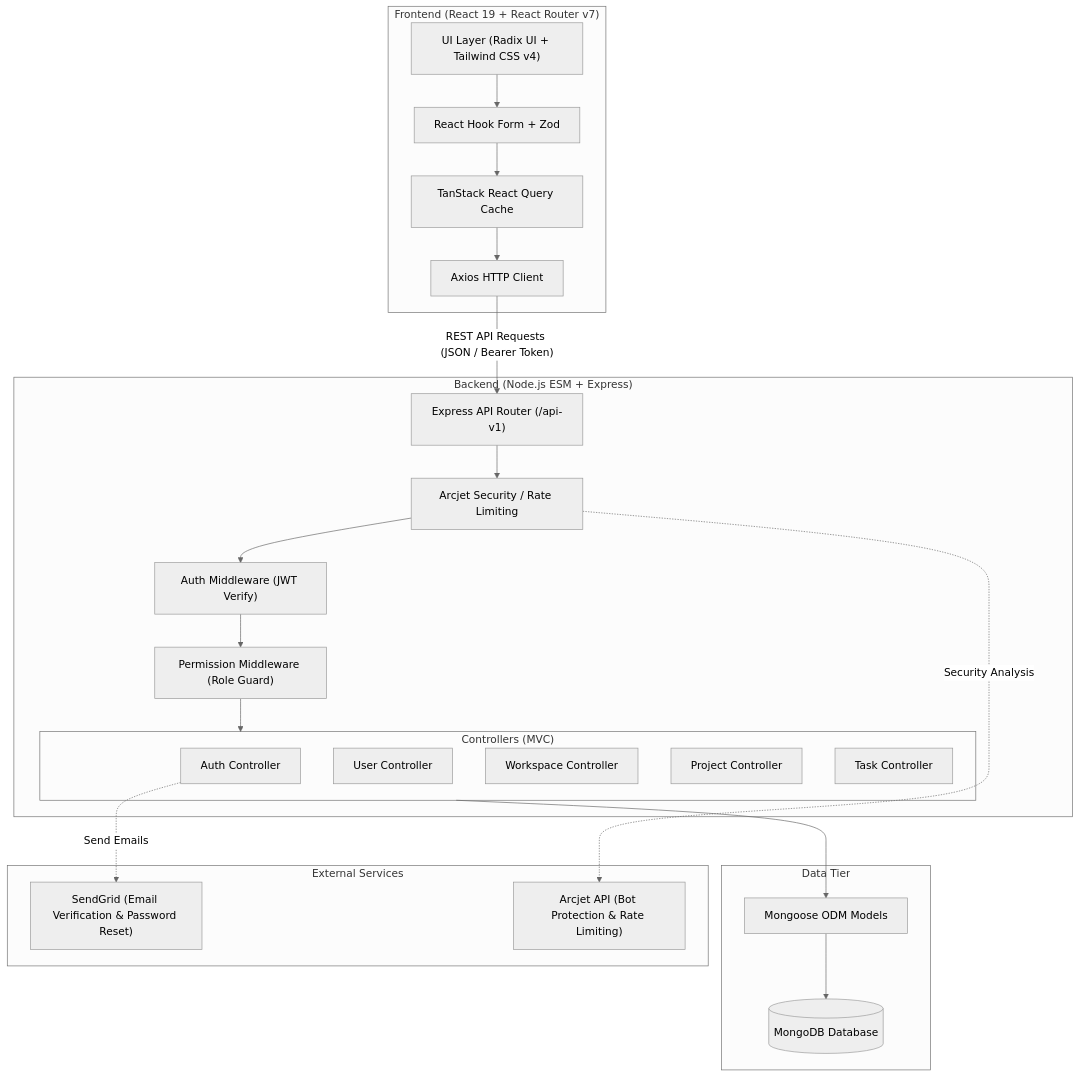
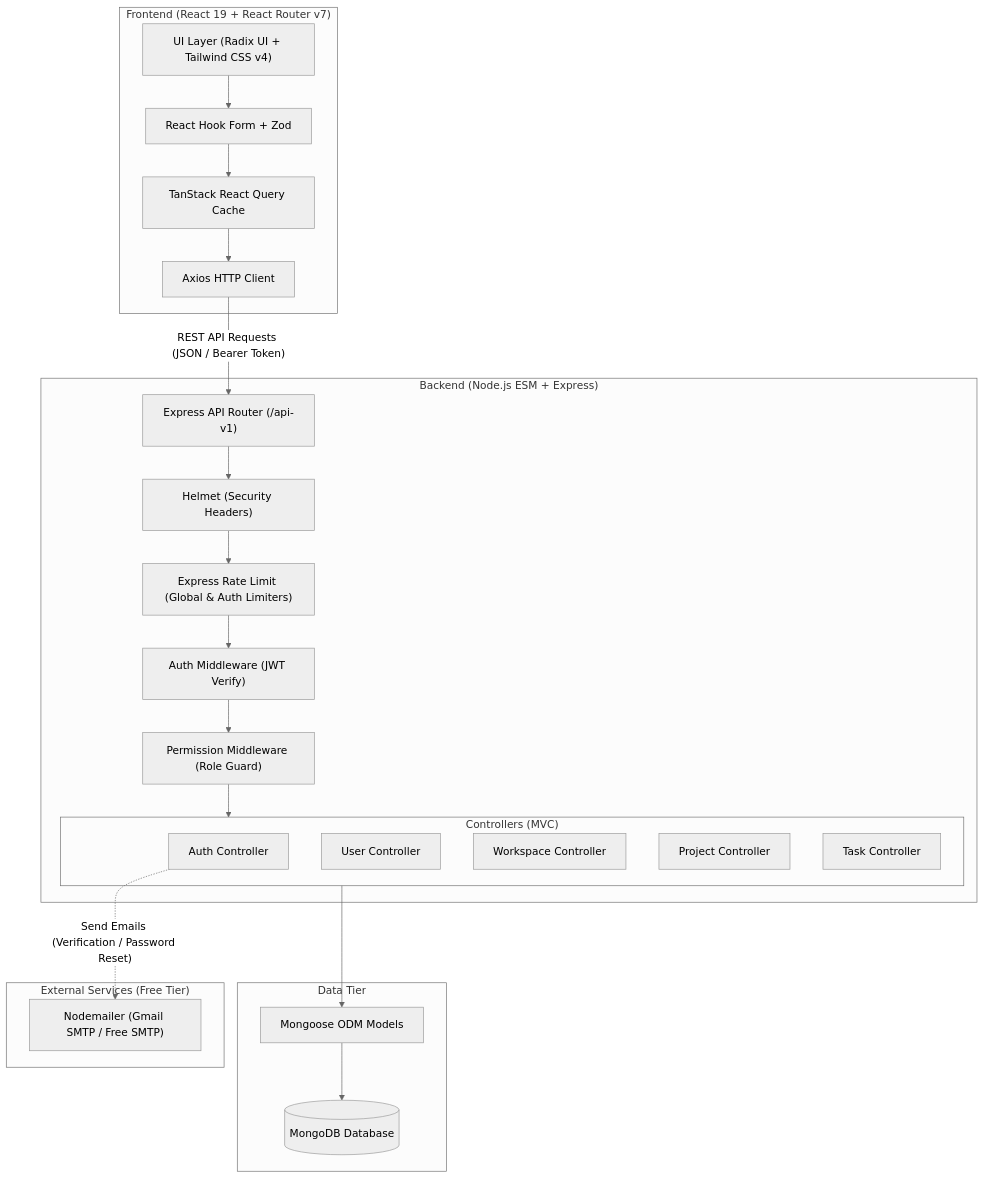
One commit to ombiswas/project-manager changed the diagram in README.md. Above: the diagram before and after it, drawn with Mermaid (neutral theme). The commit also changed other lines of this file and 12 other files, not shown here.

Commit message:
feat(services): replace SendGrid and Arcjet with Nodemailer, helmet, and express-rate-limit

````diff
--- a/README.md
+++ b/README.md
@@ -9,48 +9,48 @@
 ```mermaid
 flowchart TD
     subgraph Client ["Frontend (React 19 + React Router v7)"]
         UI["UI Layer (Radix UI + Tailwind CSS v4)"]
         Forms["React Hook Form + Zod"]
         RQ["TanStack React Query Cache"]
         AxiosClient["Axios HTTP Client"]
         UI --> Forms
         Forms --> RQ
         RQ --> AxiosClient
     end
 
     subgraph Server ["Backend (Node.js ESM + Express)"]
         Router["Express API Router (/api-v1)"]
+        SecurityMW["Helmet (Security Headers)"]
+        RateLimitMW["Express Rate Limit (Global & Auth Limiters)"]
         AuthMW["Auth Middleware (JWT Verify)"]
         PermMW["Permission Middleware (Role Guard)"]
-        RateLimit["Arcjet Security / Rate Limiting"]
         
         subgraph Controllers ["Controllers (MVC)"]
             AuthCtrl["Auth Controller"]
             UserCtrl["User Controller"]
             WorkspaceCtrl["Workspace Controller"]
             ProjectCtrl["Project Controller"]
             TaskCtrl["Task Controller"]
         end
 
-        Router --> RateLimit
-        RateLimit --> AuthMW
+        Router --> SecurityMW
+        SecurityMW --> RateLimitMW
+        RateLimitMW --> AuthMW
         AuthMW --> PermMW
         PermMW --> Controllers
     end
 
     subgraph Database ["Data Tier"]
         Mongo[("MongoDB Database")]
         MongooseODM["Mongoose ODM Models"]
         Controllers --> MongooseODM
         MongooseODM --> Mongo
     end
 
-    subgraph External ["External Services"]
-        SendGrid["SendGrid (Email Verification & Password Reset)"]
-        ArcjetService["Arcjet API (Bot Protection & Rate Limiting)"]
+    subgraph External ["External Services (Free Tier)"]
+        SMTPService["Nodemailer (Gmail SMTP / Free SMTP)"]
     end
 
     AxiosClient -->|"REST API Requests (JSON / Bearer Token)"| Router
-    AuthCtrl -.->|"Send Emails"| SendGrid
-    RateLimit -.->|"Security Analysis"| ArcjetService
+    AuthCtrl -.->|"Send Emails (Verification / Password Reset)"| SMTPService
 ```
````
